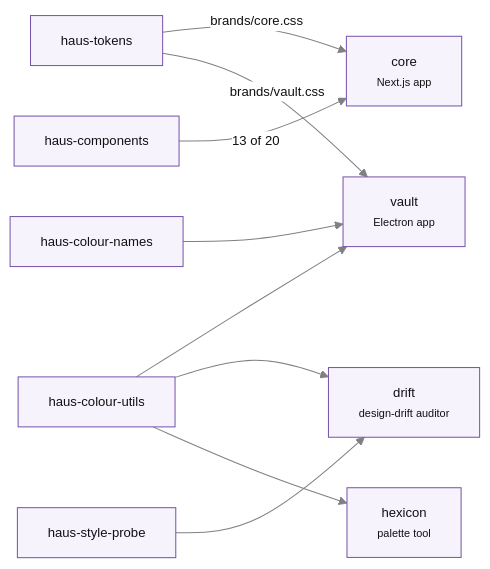
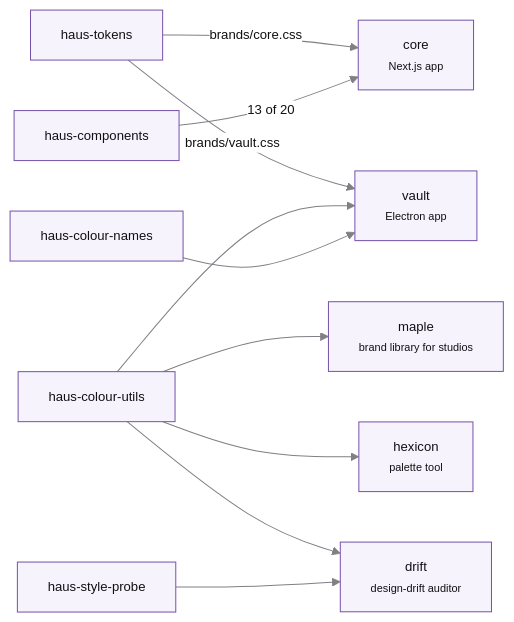
The second of 4 diagrams in ARCHITECTURE.md (hipuku/haus), drawn with Mermaid before and after one commit. The commit also changed other lines of this file and 1 other file, not shown here.

Commit message:
Consumers list maple, and hexicon is on haus-colour-utils 1.x (#144)

````diff
--- a/ARCHITECTURE.md
+++ b/ARCHITECTURE.md
@@ -73,23 +73,25 @@
 ```mermaid
 %%{init: {'theme':'base','themeVariables':{'primaryColor':'#f6f3fc','primaryBorderColor':'#7653ab','primaryTextColor':'#111113','lineColor':'#807f85','secondaryColor':'#f5f4f9','tertiaryColor':'#ffffff','fontFamily':'Manrope, ui-sans-serif, system-ui','fontSize':'13px','clusterBkg':'#fcfbfe','clusterBorder':'#e7e7ed','titleColor':'#442a68','edgeLabelBackground':'#ffffff'},'themeCSS':'background-color:#ffffff;border-radius:8px;'}}%%
 flowchart LR
     T["haus-tokens"]
     C["haus-components"]
     U["haus-colour-utils"]
     N["haus-colour-names"]
     P["haus-style-probe"]
 
     CORE["core<br/><small>Next.js app</small>"]
     VAULT["vault<br/><small>Electron app</small>"]
     DRIFT["drift<br/><small>design-drift auditor</small>"]
     HEX["hexicon<br/><small>palette tool</small>"]
+    MAPLE["maple<br/><small>brand library for studios</small>"]
 
     T -- "brands/core.css" --> CORE
     C -- "13 of 20" --> CORE
     T -- "brands/vault.css" --> VAULT
     U --> VAULT
     N --> VAULT
     U --> DRIFT
     P --> DRIFT
     U --> HEX
+    U --> MAPLE
 ```
````
